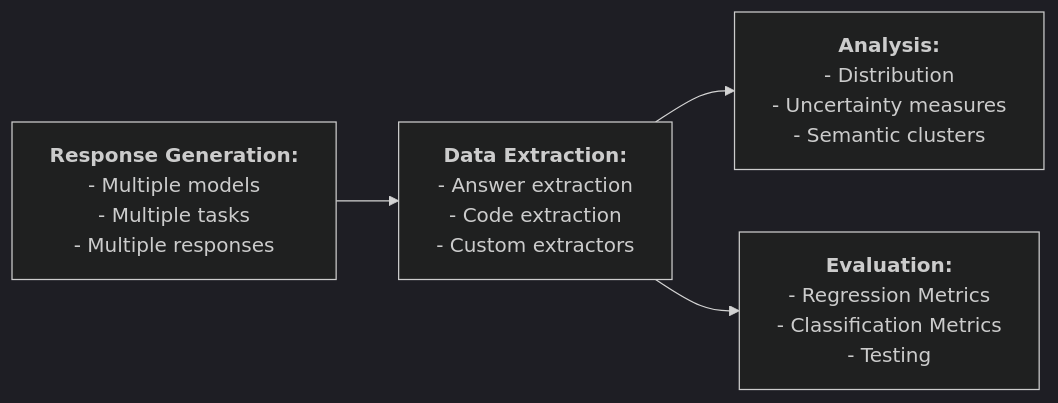
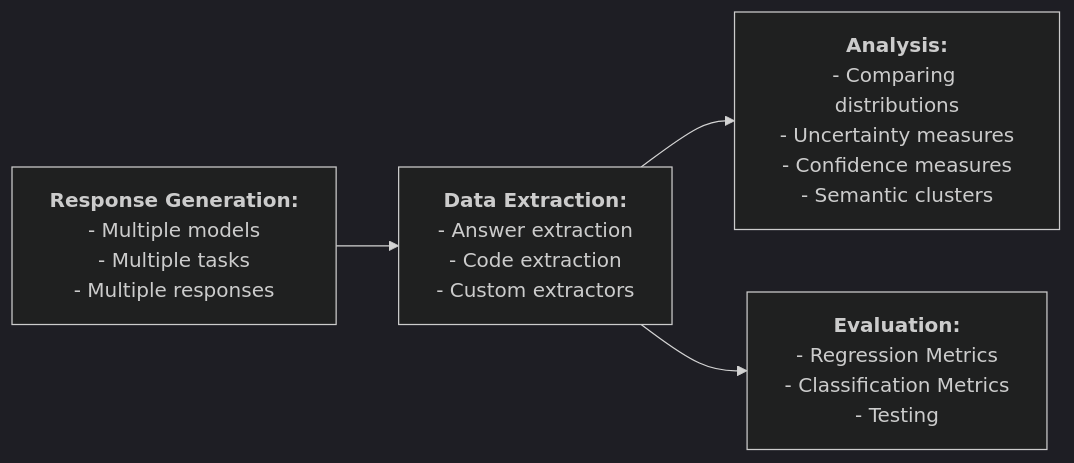
One commit to msv-lab/llm-play changed the diagram in README.md. Above: the diagram before and after it, drawn with Mermaid (dark theme). The commit also changed other lines of this file, not shown here.

````diff
--- a/README.md
+++ b/README.md
@@ -5,18 +5,19 @@
 ```mermaid
 flowchart LR
     A["`**Response Generation:**
     - Multiple models
     - Multiple tasks
     - Multiple responses`"] --> B["`**Data Extraction:**
     - Answer extraction
     - Code extraction
     - Custom extractors`"]
     B --> C["`**Analysis:**
-    - Distribution
+    - Comparing distributions
     - Uncertainty measures
+    - Confidence measures
     - Semantic clusters`"]
     B --> D["`**Evaluation:**
     - Regression Metrics
     - Classification Metrics
     - Testing`"]
 ```
````
